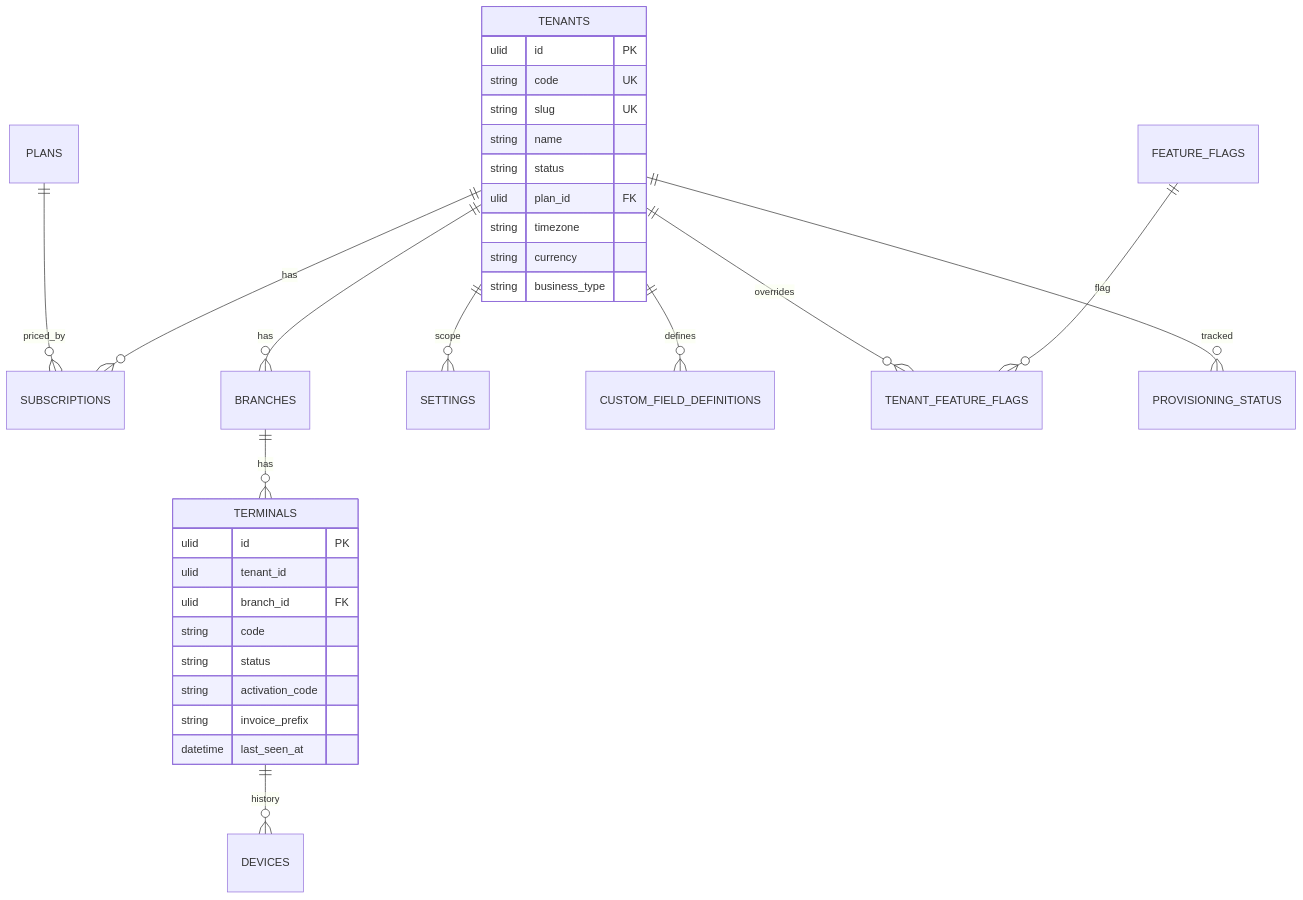
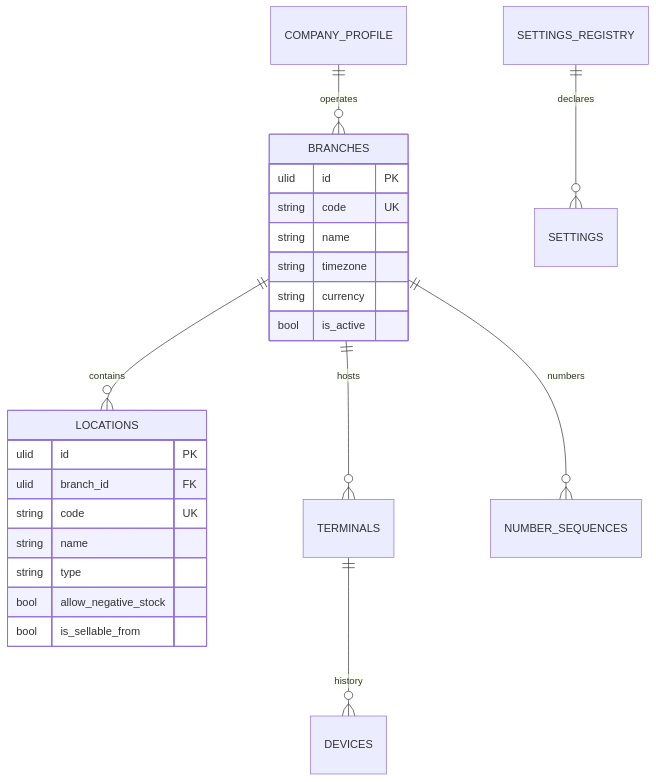
Before and after one commit to hasi94/SASS-POS: the second of 9 diagrams in docs/database.md, drawn with Mermaid. The commit also changed other lines of this file and 5 other files, not shown here.

First line of the commit message:
docs: architecture v0.4 — master database plus one database per tenant

````diff
--- a/docs/database.md
+++ b/docs/database.md
@@ -137,34 +364,26 @@
 ```mermaid
 erDiagram
-  PLANS ||--o{ SUBSCRIPTIONS : priced_by
-  TENANTS ||--o{ SUBSCRIPTIONS : has
-  TENANTS ||--o{ BRANCHES : has
-  BRANCHES ||--o{ TERMINALS : has
+  COMPANY_PROFILE ||--o{ BRANCHES : operates
+  BRANCHES ||--o{ LOCATIONS : contains
+  BRANCHES ||--o{ TERMINALS : hosts
   TERMINALS ||--o{ DEVICES : history
-  TENANTS ||--o{ SETTINGS : scope
-  TENANTS ||--o{ CUSTOM_FIELD_DEFINITIONS : defines
-  TENANTS ||--o{ TENANT_FEATURE_FLAGS : overrides
-  FEATURE_FLAGS ||--o{ TENANT_FEATURE_FLAGS : flag
-  TENANTS ||--o{ PROVISIONING_STATUS : tracked
-  TENANTS {
+  BRANCHES ||--o{ NUMBER_SEQUENCES : numbers
+  SETTINGS_REGISTRY ||--o{ SETTINGS : declares
+  BRANCHES {
     ulid id PK
     string code UK
-    string slug UK
     string name
-    string status
-    ulid plan_id FK
     string timezone
     string currency
-    string business_type
+    bool is_active
   }
-  TERMINALS {
+  LOCATIONS {
     ulid id PK
-    ulid tenant_id
     ulid branch_id FK
-    string code
-    string status
-    string activation_code
-    string invoice_prefix
-    datetime last_seen_at
+    string code UK
+    string name
+    string type
+    bool allow_negative_stock
+    bool is_sellable_from
   }
 ```
````
